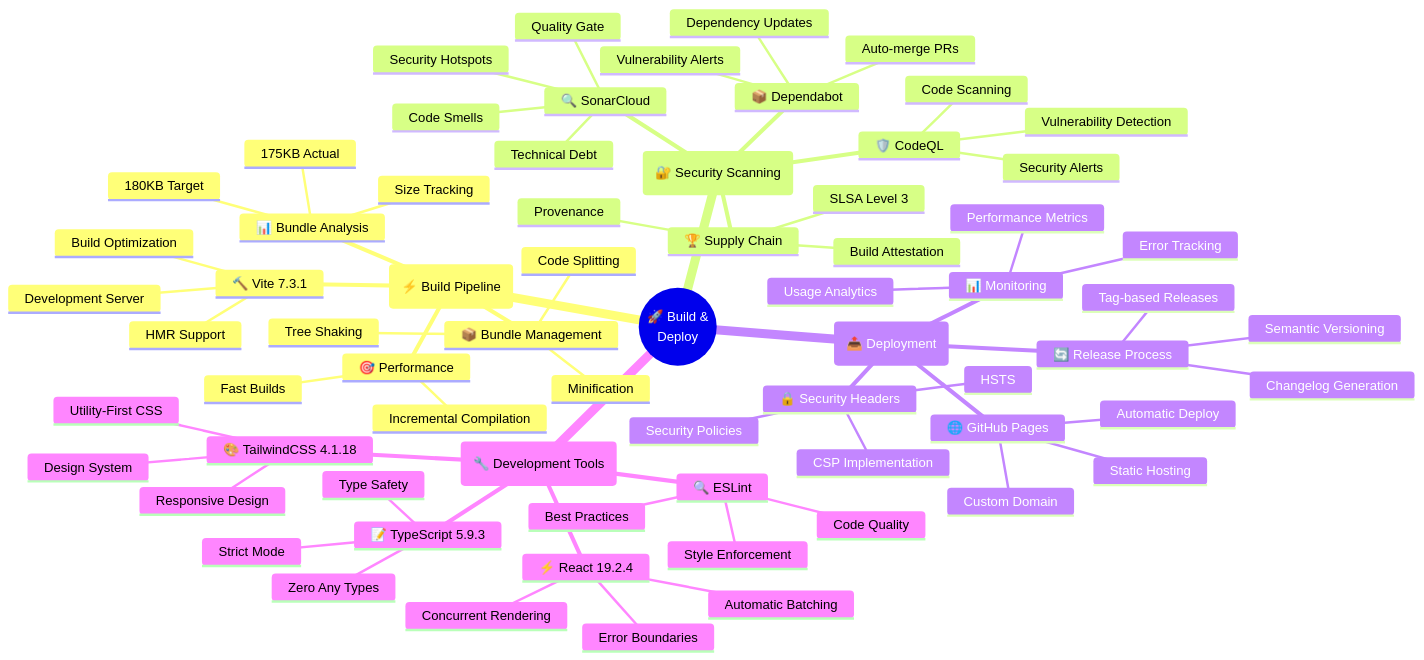
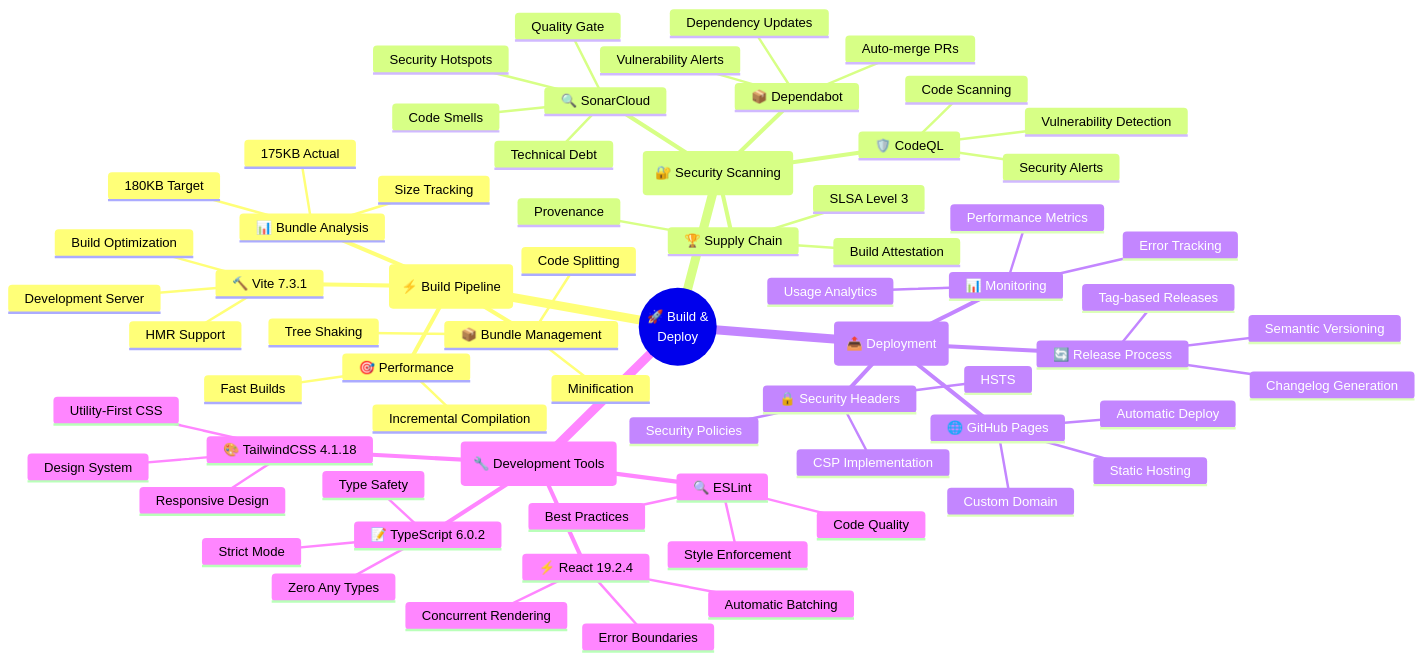
One commit to step-security-bot/cia-compliance-manager changed the sixth of 13 diagrams in docs/architecture/MINDMAP.md. Above: the diagram before and after it, drawn with Mermaid. The commit also changed other lines of this file and 22 other files, not shown here.

First line of the commit message:
chore: upgrade TypeScript 5.9.3 → 6.0.2, remove madge, apply TS6 breaking change fixes (#1068)

````diff
--- a/docs/architecture/MINDMAP.md
+++ b/docs/architecture/MINDMAP.md
@@ -553,72 +553,72 @@
 ```mermaid
 mindmap
   root((🚀 Build &<br/>Deploy))
     (⚡ Build Pipeline)
       🔨 Vite 7.3.1
         Development Server
         HMR Support
         Build Optimization
       📦 Bundle Management
         Code Splitting
         Tree Shaking
         Minification
       📊 Bundle Analysis
         Size Tracking
         175KB Actual
         180KB Target
       🎯 Performance
         Fast Builds
         Incremental Compilation
     (🔐 Security Scanning)
       🔍 SonarCloud
         Quality Gate
         Security Hotspots
         Code Smells
         Technical Debt
       🛡️ CodeQL
         Vulnerability Detection
         Code Scanning
         Security Alerts
       📦 Dependabot
         Dependency Updates
         Vulnerability Alerts
         Auto-merge PRs
       🏆 Supply Chain
         SLSA Level 3
         Build Attestation
         Provenance
     (📤 Deployment)
       🌐 GitHub Pages
         Static Hosting
         Automatic Deploy
         Custom Domain
       🔒 Security Headers
         CSP Implementation
         HSTS
         Security Policies
       📊 Monitoring
         Performance Metrics
         Error Tracking
         Usage Analytics
       🔄 Release Process
         Semantic Versioning
         Changelog Generation
         Tag-based Releases
     (🔧 Development Tools)
-      📝 TypeScript 5.9.3
+      📝 TypeScript 6.0.2
         Strict Mode
         Type Safety
         Zero Any Types
       🎨 TailwindCSS 4.1.18
         Utility-First CSS
         Design System
         Responsive Design
       ⚡ React 19.2.4
         Concurrent Rendering
         Error Boundaries
         Automatic Batching
       🔍 ESLint
         Code Quality
         Style Enforcement
         Best Practices
 ```
````
